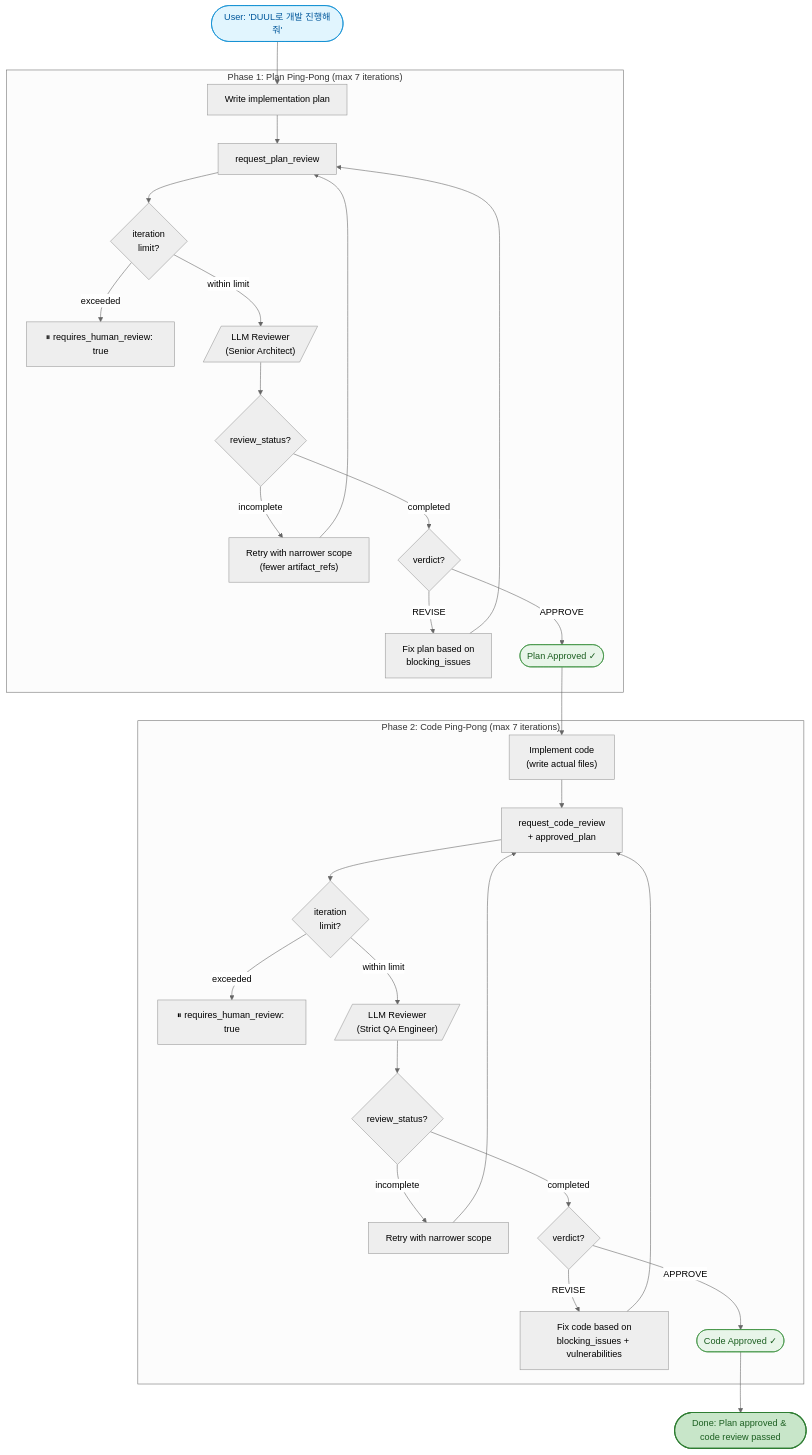
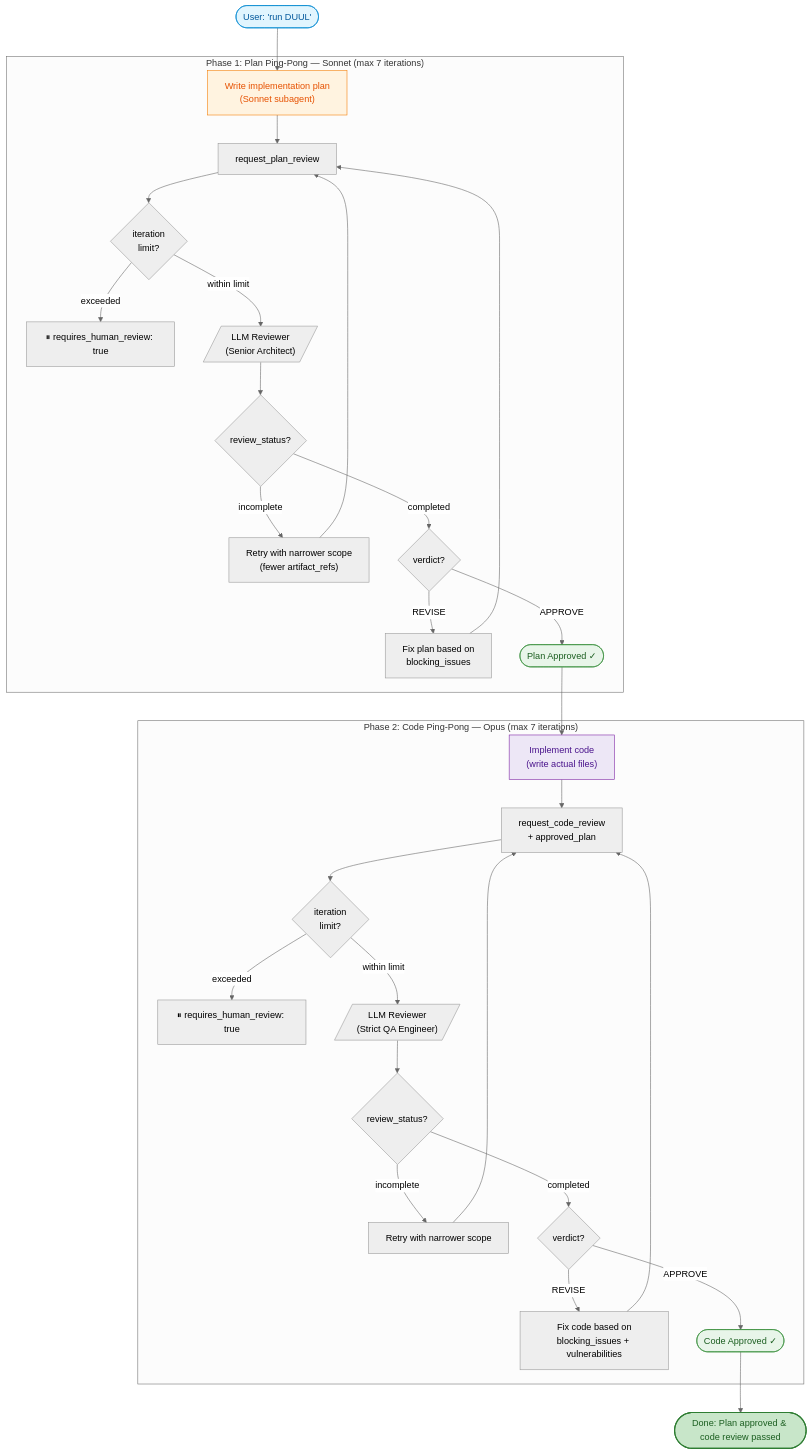
One commit to Planningo/duul changed the first of 2 diagrams in README.md. Above: the diagram before and after it, drawn with Mermaid (neutral theme). The commit also changed other lines of this file and 3 other files, not shown here.

First line of the commit message:
docs: upgrade default reviewer models, add Sonnet/Opus split to diagrams

````diff
--- a/README.md
+++ b/README.md
@@ -206,40 +208,42 @@
 ```mermaid
 flowchart TD
-    Start(["User: 'DUUL로 개발 진행해줘'"]):::trigger --> Plan["Write implementation plan"]
+    Start(["User: 'run DUUL'"]):::trigger --> Plan["Write implementation plan\n(Sonnet subagent)"]:::sonnet
 
-    subgraph Phase1["Phase 1: Plan Ping-Pong (max 7 iterations)"]
+    subgraph Phase1["Phase 1: Plan Ping-Pong — Sonnet (max 7 iterations)"]
         Plan --> PR["request_plan_review"]
         PR --> IterCheck1{iteration\nlimit?}
         IterCheck1 -- "exceeded" --> Human1["⏸ requires_human_review: true"]
         IterCheck1 -- "within limit" --> Review1[/"LLM Reviewer\n(Senior Architect)"/]
         Review1 --> Status1{review_status?}
         Status1 -- "incomplete" --> Narrow1["Retry with narrower scope\n(fewer artifact_refs)"]
         Narrow1 --> PR
         Status1 -- "completed" --> Verdict1{verdict?}
         Verdict1 -- "REVISE" --> Fix1["Fix plan based on\nblocking_issues"]
         Fix1 --> PR
         Verdict1 -- "APPROVE" --> PlanOK(["Plan Approved ✓"]):::approved
     end
 
-    PlanOK --> Impl["Implement code\n(write actual files)"]
+    PlanOK --> Impl["Implement code\n(write actual files)"]:::opus
 
-    subgraph Phase2["Phase 2: Code Ping-Pong (max 7 iterations)"]
+    subgraph Phase2["Phase 2: Code Ping-Pong — Opus (max 7 iterations)"]
         Impl --> CR["request_code_review\n+ approved_plan"]
         CR --> IterCheck2{iteration\nlimit?}
         IterCheck2 -- "exceeded" --> Human2["⏸ requires_human_review: true"]
         IterCheck2 -- "within limit" --> Review2[/"LLM Reviewer\n(Strict QA Engineer)"/]
         Review2 --> Status2{review_status?}
         Status2 -- "incomplete" --> Narrow2["Retry with narrower scope"]
         Narrow2 --> CR
         Status2 -- "completed" --> Verdict2{verdict?}
         Verdict2 -- "REVISE" --> Fix2["Fix code based on\nblocking_issues + vulnerabilities"]
         Fix2 --> CR
         Verdict2 -- "APPROVE" --> CodeOK(["Code Approved ✓"]):::approved
     end
 
     CodeOK --> Done(["Done: Plan approved & code review passed"]):::done
 
     classDef trigger fill:#e1f5fe,stroke:#0288d1,color:#01579b
     classDef approved fill:#e8f5e9,stroke:#388e3c,color:#1b5e20
     classDef done fill:#c8e6c9,stroke:#2e7d32,color:#1b5e20,stroke-width:2px
+    classDef sonnet fill:#fff3e0,stroke:#f57c00,color:#e65100
+    classDef opus fill:#ede7f6,stroke:#7b1fa2,color:#4a148c
 ```
````
